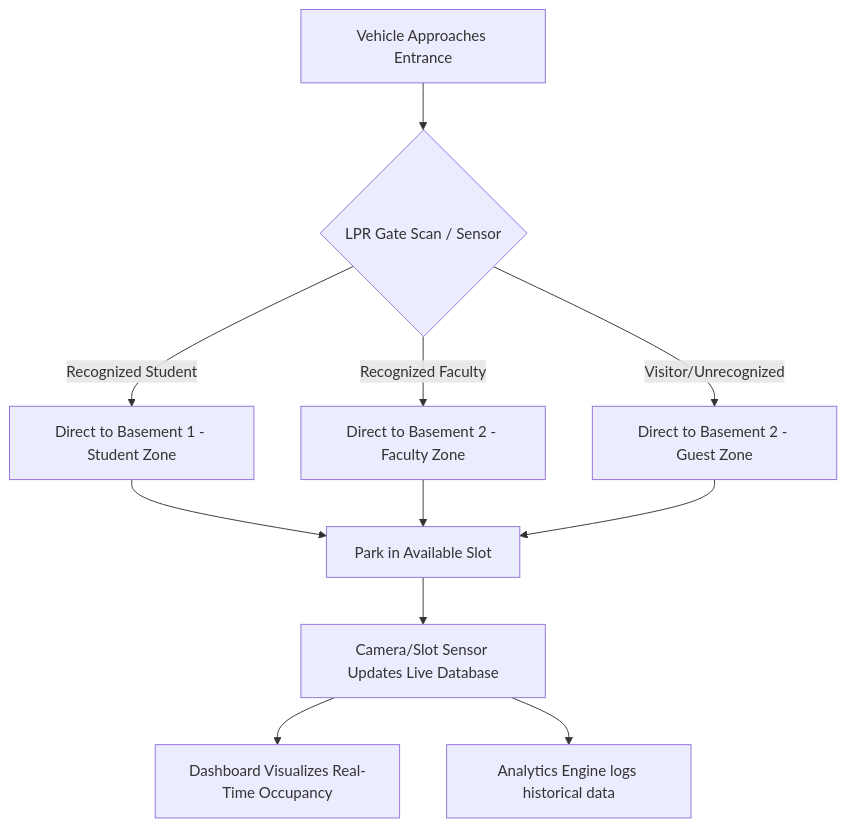
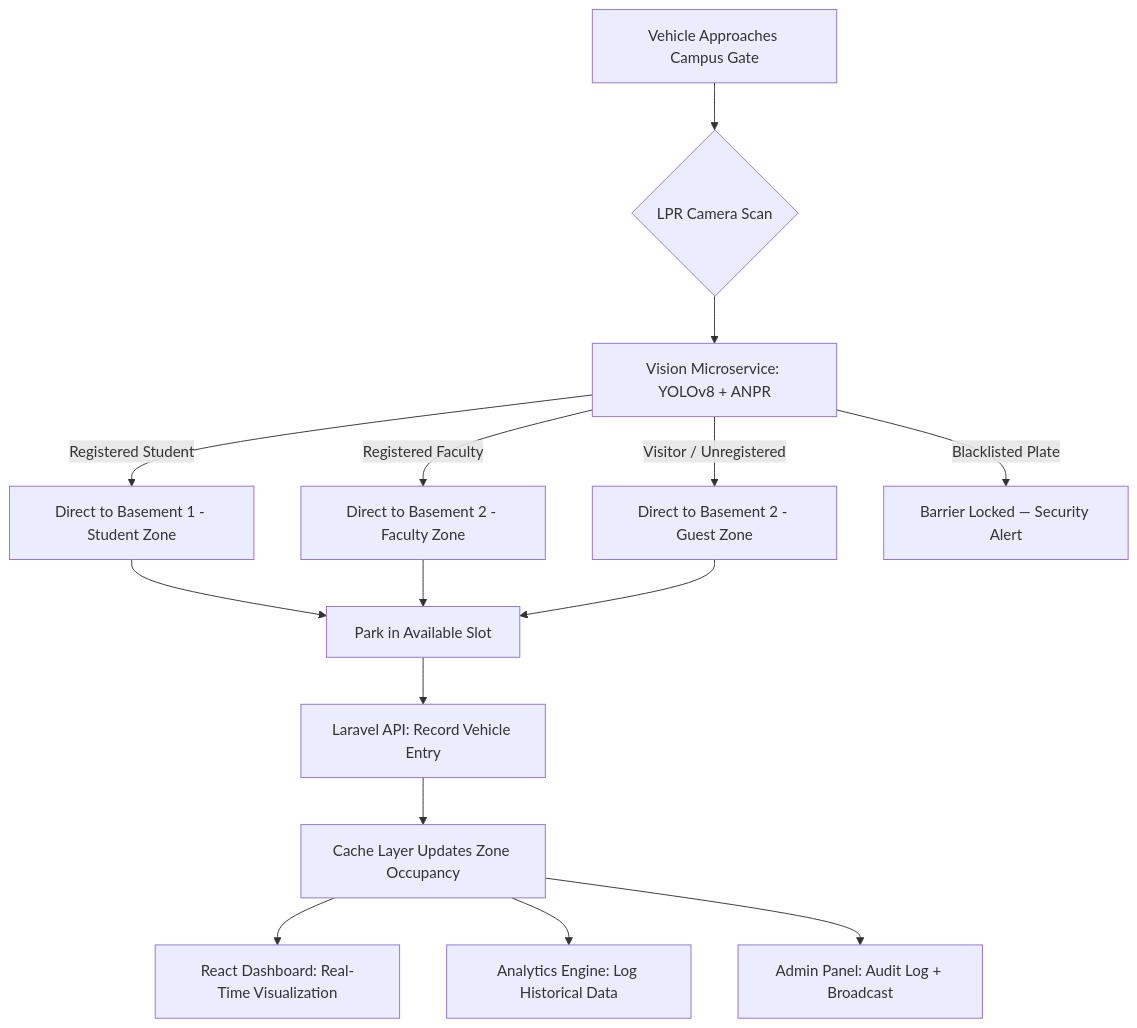
One commit to oritri98/Smart_Parking_Lot changed the diagram in README.md. Above: the diagram before and after it, drawn with Mermaid. The commit also changed other lines of this file, not shown here.

Commit message:
docs: update README with full-stack architecture, ML microservice, and deployment guides

````diff
--- a/README.md
+++ b/README.md
@@ -75,13 +159,17 @@
 ```mermaid
 graph TD
-    A[Vehicle Approaches Entrance] --> B{LPR Gate Scan / Sensor}
-    B -->|Recognized Student| C[Direct to Basement 1 - Student Zone]
-    B -->|Recognized Faculty| D[Direct to Basement 2 - Faculty Zone]
-    B -->|Visitor/Unrecognized| E[Direct to Basement 2 - Guest Zone]
-    C --> F[Park in Available Slot]
-    D --> F
-    E --> F
-    F --> G[Camera/Slot Sensor Updates Live Database]
-    G --> H[Dashboard Visualizes Real-Time Occupancy]
-    G --> I[Analytics Engine logs historical data]
+    A[Vehicle Approaches Campus Gate] --> B{LPR Camera Scan}
+    B --> C[Vision Microservice: YOLOv8 + ANPR]
+    C -->|Registered Student| D[Direct to Basement 1 - Student Zone]
+    C -->|Registered Faculty| E[Direct to Basement 2 - Faculty Zone]
+    C -->|Visitor / Unregistered| F[Direct to Basement 2 - Guest Zone]
+    C -->|Blacklisted Plate| G[Barrier Locked — Security Alert]
+    D --> H[Park in Available Slot]
+    E --> H
+    F --> H
+    H --> I[Laravel API: Record Vehicle Entry]
+    I --> J[Cache Layer Updates Zone Occupancy]
+    J --> K[React Dashboard: Real-Time Visualization]
+    J --> L[Analytics Engine: Log Historical Data]
+    J --> M[Admin Panel: Audit Log + Broadcast]
 ```
````
